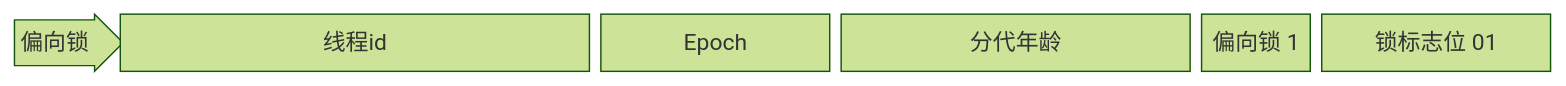
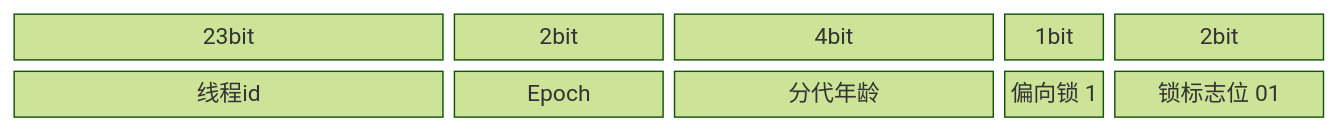
The third of 7 diagrams in docs/java/并发.md (duskbat/cs-manual), drawn with Mermaid (forest theme) before and after one commit. The commit also changed other lines of this file and 1 other file, not shown here.

````diff
--- a/docs/java/并发.md
+++ b/docs/java/并发.md
@@ -54,5 +71,6 @@
 ```mermaid
 block-beta
-  columns 13
-  r2<["偏向锁"]>(right):1 r2a["线程id"]:4 r2b["Epoch"]:2 r2c["分代年龄"]:3 r2d["偏向锁 1"]:1 r2e["锁标志位 01"]:2
+  columns 12
+  r0a["23bit"]:4 r0b["2bit"]:2 r0c["4bit"]:3 r0d["1bit"]:1 r0e["2bit"]:2
+  r2a["线程id"]:4 r2b["Epoch"]:2 r2c["分代年龄"]:3 r2d["偏向锁 1"]:1 r2e["锁标志位 01"]:2
 ```
````
